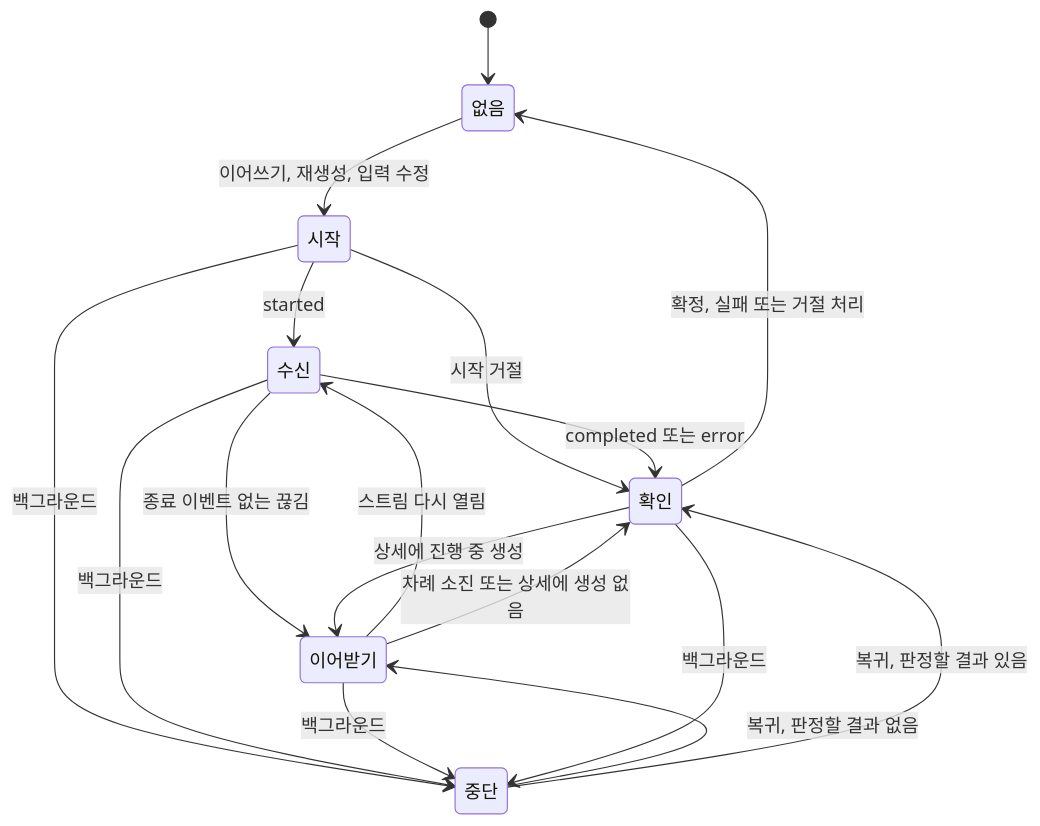
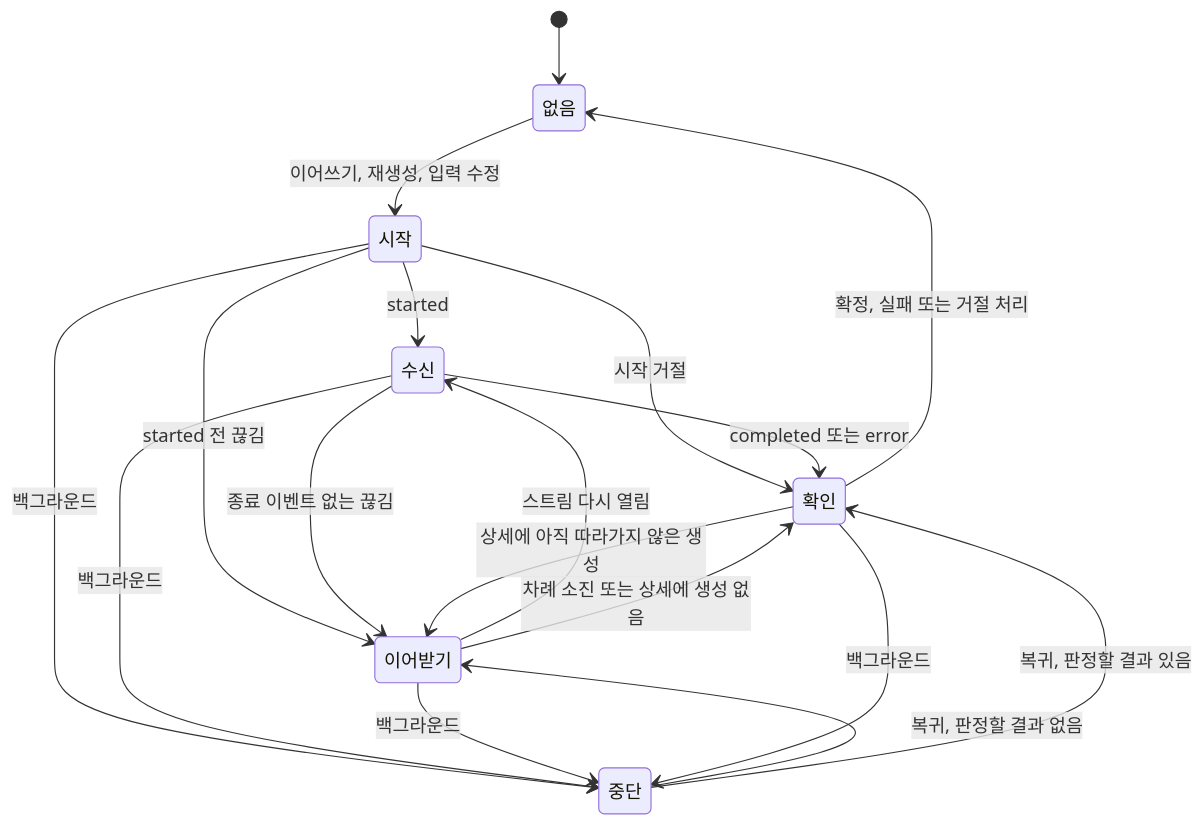
Before and after one commit to KIM-N-KANG/knk-harness: the diagram in docs/spec/CHAT/CLIENT/IOS/4-4-EXECUTION.md, drawn with Mermaid. The commit also changed other lines of this file and 46 other files, not shown here.

````diff
--- a/docs/spec/CHAT/CLIENT/IOS/4-4-EXECUTION.md
+++ b/docs/spec/CHAT/CLIENT/IOS/4-4-EXECUTION.md
@@ -80,25 +80,26 @@
 ```mermaid
 stateDiagram-v2
     state "없음" as Idle
     state "시작" as Opening
     state "수신" as Receiving
     state "이어받기" as Following
     state "확인" as Settling
     state "중단" as Paused
     [*] --> Idle
     Idle --> Opening: 이어쓰기, 재생성, 입력 수정
     Opening --> Receiving: started
     Opening --> Settling: 시작 거절
+    Opening --> Following: started 전 끊김
     Receiving --> Settling: completed 또는 error
     Receiving --> Following: 종료 이벤트 없는 끊김
     Following --> Receiving: 스트림 다시 열림
     Following --> Settling: 차례 소진 또는 상세에 생성 없음
-    Settling --> Following: 상세에 진행 중 생성
+    Settling --> Following: 상세에 아직 따라가지 않은 생성
     Settling --> Idle: 확정, 실패 또는 거절 처리
     Opening --> Paused: 백그라운드
     Receiving --> Paused: 백그라운드
     Following --> Paused: 백그라운드
     Settling --> Paused: 백그라운드
     Paused --> Following: 복귀, 판정할 결과 없음
     Paused --> Settling: 복귀, 판정할 결과 있음
 ```
````
